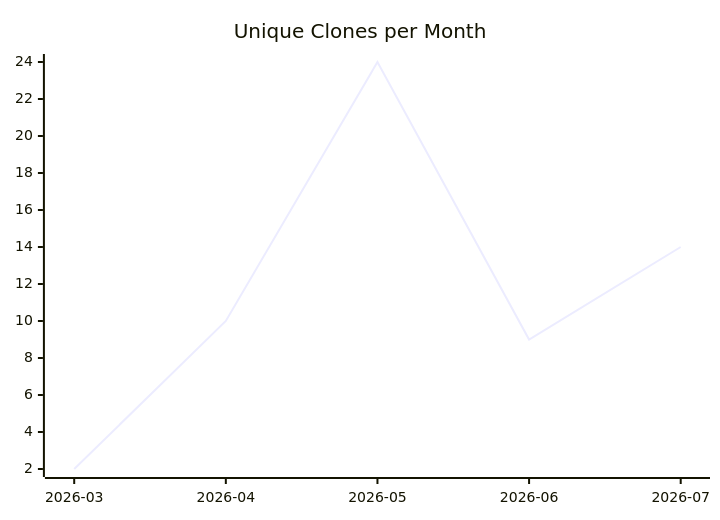
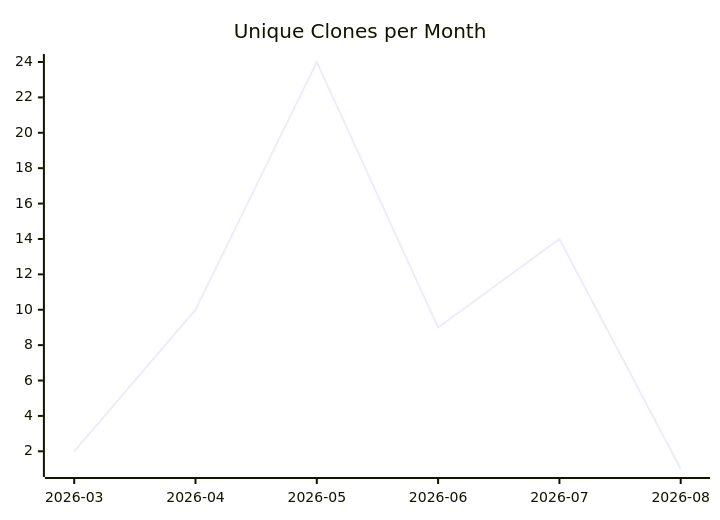
The third of 3 diagrams in karlmdavis/xmlpull/README.md (justdavis-family/github-analytics-data), drawn with Mermaid before and after one commit. The commit also changed other lines of this file and 180 other files, not shown here.

````diff
--- a/karlmdavis/xmlpull/README.md
+++ b/karlmdavis/xmlpull/README.md
@@ -19,6 +19,6 @@
 ```mermaid
 xychart-beta
   title "Unique Clones per Month"
-  x-axis ["2026-03", "2026-04", "2026-05", "2026-06", "2026-07"]
-  line [2, 10, 24, 9, 14]
+  x-axis ["2026-03", "2026-04", "2026-05", "2026-06", "2026-07", "2026-08"]
+  line [2, 10, 24, 9, 14, 1]
 ```
````
